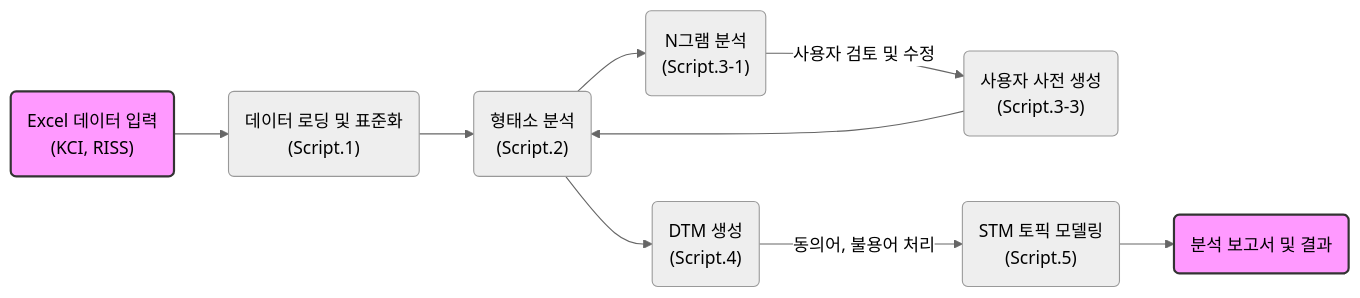
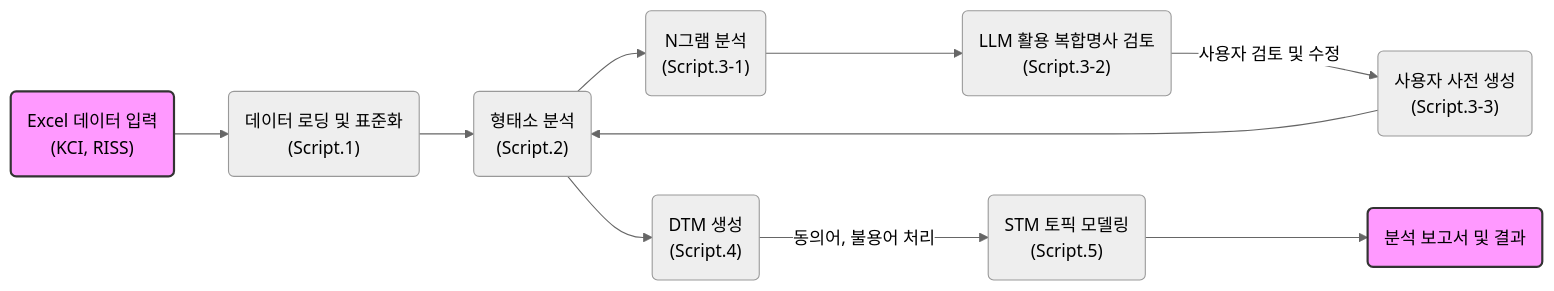
The diagram in README.md (rubato103/textming_KCI_RISS), drawn with Mermaid (neutral theme) before and after one commit.

````diff
--- a/README.md
+++ b/README.md
@@ -29,16 +29,17 @@
 ```mermaid
 graph LR;
     A("Excel 데이터 입력<br>(KCI, RISS)") --> B("데이터 로딩 및 표준화<br>(Script.1)");
     B --> C("형태소 분석<br>(Script.2)");
     C --> D("N그램 분석<br>(Script.3-1)");
-    D --"사용자 검토 및 수정"--> E("사용자 사전 생성<br>(Script.3-3)");
+    D --> I("LLM 활용 복합명사 검토<br>(Script.3-2)");
+    I --"사용자 검토 및 수정"--> E("사용자 사전 생성<br>(Script.3-3)");
      %% Loop for iterative refinement (from E to C)
     E --> C
     C --> F("DTM 생성<br>(Script.4)");
     F -- "동의어, 불용어 처리" --> G("STM 토픽 모델링<br>(Script.5)");
     G --> H("분석 보고서 및 결과");
    
 
     style A fill:#f9f,stroke:#333,stroke-width:2px
     style H fill:#f9f,stroke:#333,stroke-width:2px
 ```
````
